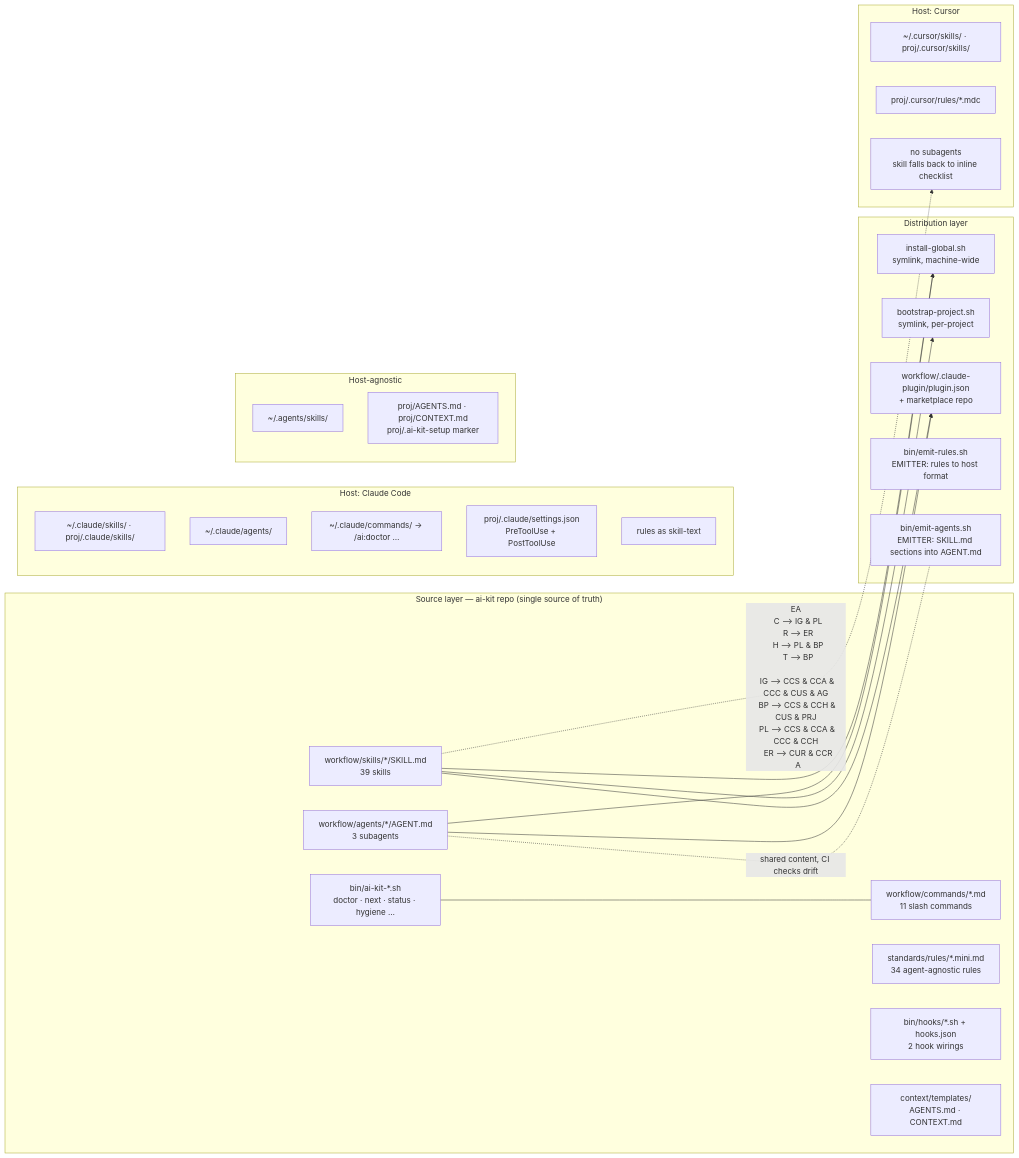
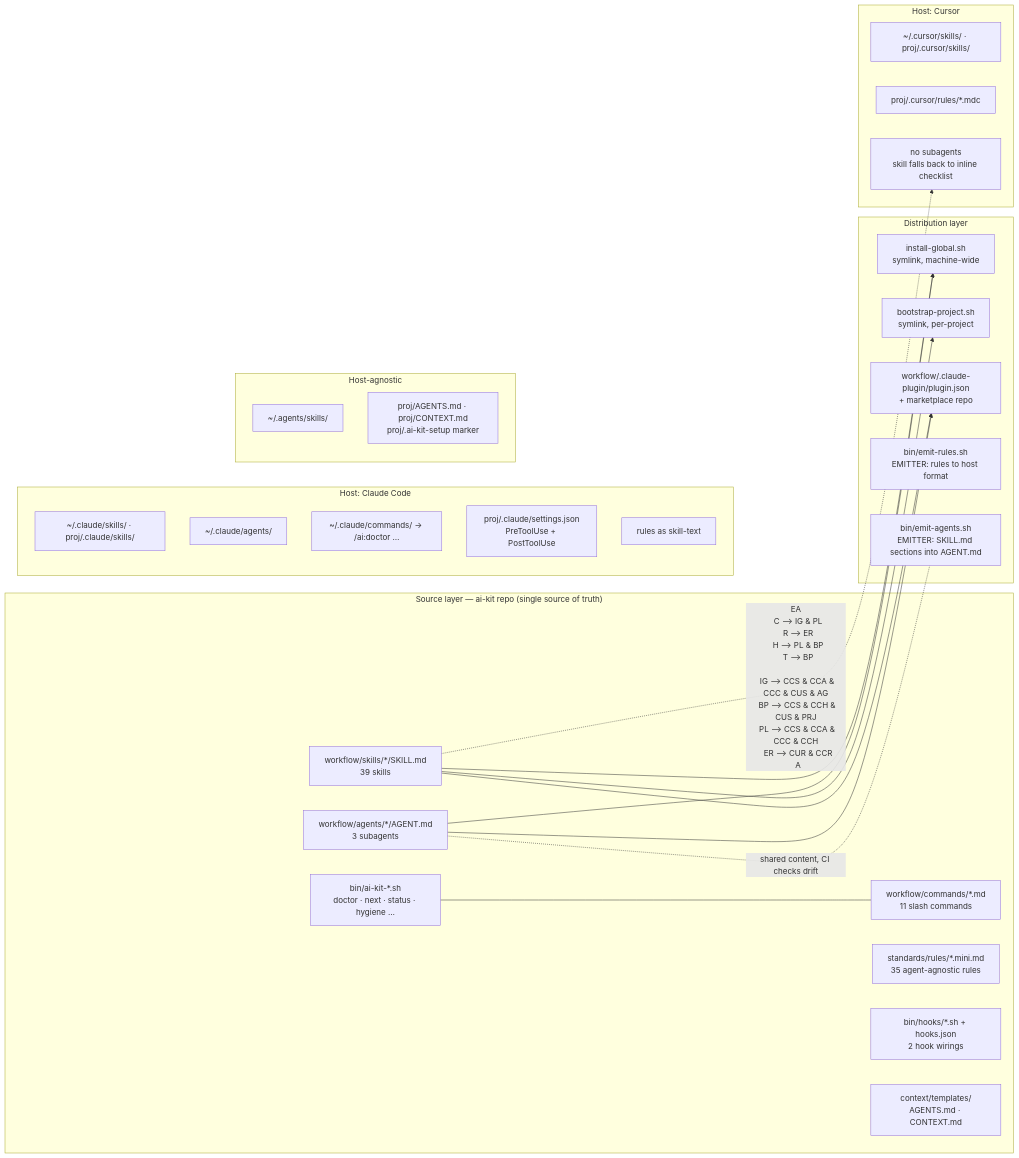
The first of 2 diagrams in docs/diagrams.md (yusufkaracaburun/ai-kit), drawn with Mermaid before and after one commit. The commit also changed 11 other files, not shown here.

````diff
--- a/docs/diagrams.md
+++ b/docs/diagrams.md
@@ -10,55 +10,55 @@
 ```mermaid
 flowchart LR
   subgraph SRC["Source layer — ai-kit repo (single source of truth)"]
     S["workflow/skills/*/SKILL.md<br/>39 skills"]
     A["workflow/agents/*/AGENT.md<br/>3 subagents"]
     C["workflow/commands/*.md<br/>11 slash commands"]
-    R["standards/rules/*.mini.md<br/>34 agent-agnostic rules"]
+    R["standards/rules/*.mini.md<br/>35 agent-agnostic rules"]
     H["bin/hooks/*.sh + hooks.json<br/>2 hook wirings"]
     B["bin/ai-kit-*.sh<br/>doctor · next · status · hygiene …"]
     T["context/templates/<br/>AGENTS.md · CONTEXT.md"]
   end
 
   subgraph DIST["Distribution layer"]
     IG["install-global.sh<br/>symlink, machine-wide"]
     BP["bootstrap-project.sh<br/>symlink, per-project"]
     PL["workflow/.claude-plugin/plugin.json<br/>+ marketplace repo"]
     ER["bin/emit-rules.sh<br/>EMITTER: rules to host format"]
     EA["bin/emit-agents.sh<br/>EMITTER: SKILL.md sections into AGENT.md"]
   end
 
   subgraph CC["Host: Claude Code"]
     CCS["~/.claude/skills/ · proj/.claude/skills/"]
     CCA["~/.claude/agents/"]
     CCC["~/.claude/commands/ → /ai:doctor …"]
     CCH["proj/.claude/settings.json<br/>PreToolUse + PostToolUse"]
     CCR["rules as skill-text"]
   end
 
   subgraph CU["Host: Cursor"]
     CUS["~/.cursor/skills/ · proj/.cursor/skills/"]
     CUR["proj/.cursor/rules/*.mdc"]
     CUN["no subagents<br/>skill falls back to inline checklist"]
   end
 
   subgraph HA["Host-agnostic"]
     AG["~/.agents/skills/"]
     PRJ["proj/AGENTS.md · proj/CONTEXT.md<br/>proj/.ai-kit-setup marker"]
   end
 
   S --> IG & BP & PL
   A --> IG & PL
   A -. "shared content, CI checks drift" .- EA
   S -. EA
   C --> IG & PL
   R --> ER
   H --> PL & BP
   T --> BP
 
   IG --> CCS & CCA & CCC & CUS & AG
   BP --> CCS & CCH & CUS & PRJ
   PL --> CCS & CCA & CCC & CCH
   ER --> CUR & CCR
   A -.-> CUN
   B --- C
 ```
````
